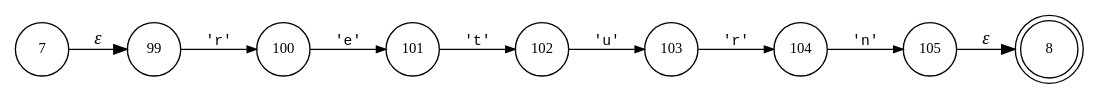
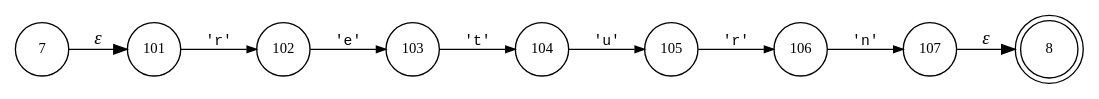
Before and after one commit to gar13177/Scanner: the diagram in build/classes/grammar/ANTLR/decafLexer.T__33.dot, drawn with Graphviz. The commit also changed 226 other files, not shown here.

```diff
--- a/build/classes/grammar/ANTLR/decafLexer.T__33.dot
+++ b/build/classes/grammar/ANTLR/decafLexer.T__33.dot
@@ -1,20 +1,20 @@
 digraph ATN {
 rankdir=LR;
 s8[fontsize=11, label="8", shape=doublecircle, fixedsize=true, width=.6];
-s99[fontsize=11,label="99", shape=circle, fixedsize=true, width=.55, peripheries=1];
-s100[fontsize=11,label="100", shape=circle, fixedsize=true, width=.55, peripheries=1];
 s101[fontsize=11,label="101", shape=circle, fixedsize=true, width=.55, peripheries=1];
 s102[fontsize=11,label="102", shape=circle, fixedsize=true, width=.55, peripheries=1];
 s7[fontsize=11,label="7", shape=circle, fixedsize=true, width=.55, peripheries=1];
 s103[fontsize=11,label="103", shape=circle, fixedsize=true, width=.55, peripheries=1];
 s104[fontsize=11,label="104", shape=circle, fixedsize=true, width=.55, peripheries=1];
 s105[fontsize=11,label="105", shape=circle, fixedsize=true, width=.55, peripheries=1];
-s7 -> s99 [fontname="Times-Italic", label="&epsilon;"];
-s99 -> s100 [fontsize=11, fontname="Courier", arrowsize=.7, label = "'r'", arrowhead = normal];
-s100 -> s101 [fontsize=11, fontname="Courier", arrowsize=.7, label = "'e'", arrowhead = normal];
-s101 -> s102 [fontsize=11, fontname="Courier", arrowsize=.7, label = "'t'", arrowhead = normal];
-s102 -> s103 [fontsize=11, fontname="Courier", arrowsize=.7, label = "'u'", arrowhead = normal];
-s103 -> s104 [fontsize=11, fontname="Courier", arrowsize=.7, label = "'r'", arrowhead = normal];
-s104 -> s105 [fontsize=11, fontname="Courier", arrowsize=.7, label = "'n'", arrowhead = normal];
-s105 -> s8 [fontname="Times-Italic", label="&epsilon;"];
+s106[fontsize=11,label="106", shape=circle, fixedsize=true, width=.55, peripheries=1];
+s107[fontsize=11,label="107", shape=circle, fixedsize=true, width=.55, peripheries=1];
+s7 -> s101 [fontname="Times-Italic", label="&epsilon;"];
+s101 -> s102 [fontsize=11, fontname="Courier", arrowsize=.7, label = "'r'", arrowhead = normal];
+s102 -> s103 [fontsize=11, fontname="Courier", arrowsize=.7, label = "'e'", arrowhead = normal];
+s103 -> s104 [fontsize=11, fontname="Courier", arrowsize=.7, label = "'t'", arrowhead = normal];
+s104 -> s105 [fontsize=11, fontname="Courier", arrowsize=.7, label = "'u'", arrowhead = normal];
+s105 -> s106 [fontsize=11, fontname="Courier", arrowsize=.7, label = "'r'", arrowhead = normal];
+s106 -> s107 [fontsize=11, fontname="Courier", arrowsize=.7, label = "'n'", arrowhead = normal];
+s107 -> s8 [fontname="Times-Italic", label="&epsilon;"];
 }
```
